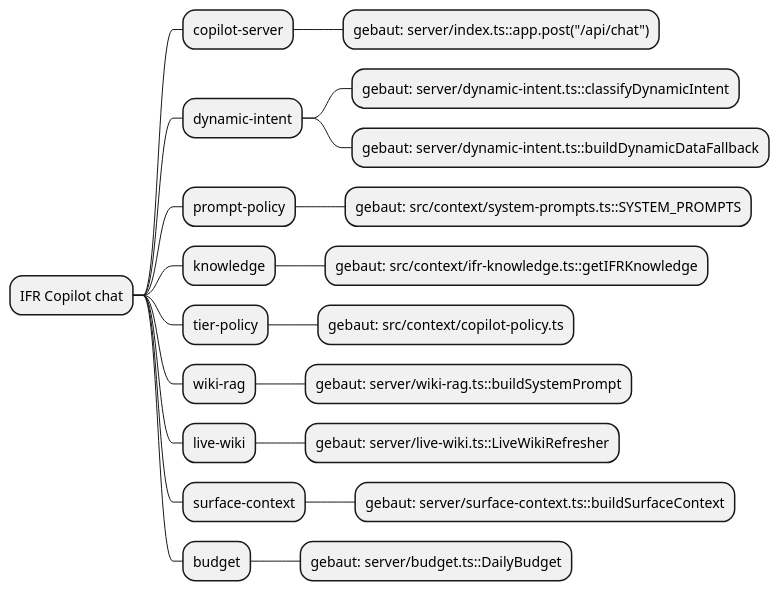
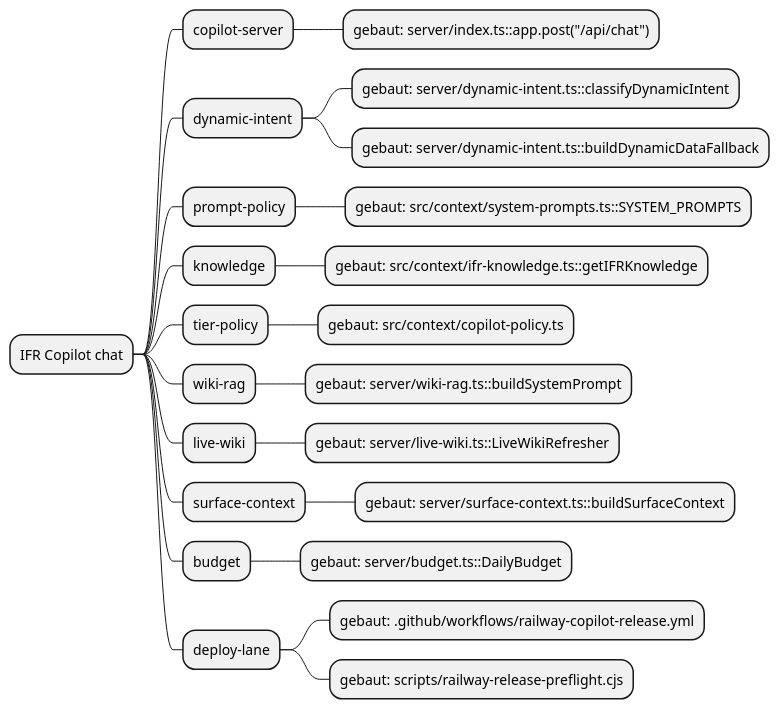
Before and after one commit to NeaBouli/inferno: the sixth of 7 diagrams in docs/architecture/map.puml, drawn with PlantUML. The commit also changed other lines of this file and 10 other files, not shown here.

First line of the commit message:
feat: add manual exact-SHA Railway release gate for ai-copilot

```diff
--- a/docs/architecture/map.puml
+++ b/docs/architecture/map.puml
@@ -135,22 +135,25 @@
 @startmindmap
 * IFR Copilot chat
 ** copilot-server
 *** gebaut: server/index.ts::app.post("/api/chat")
 ** dynamic-intent
 *** gebaut: server/dynamic-intent.ts::classifyDynamicIntent
 *** gebaut: server/dynamic-intent.ts::buildDynamicDataFallback
 ** prompt-policy
 *** gebaut: src/context/system-prompts.ts::SYSTEM_PROMPTS
 ** knowledge
 *** gebaut: src/context/ifr-knowledge.ts::getIFRKnowledge
 ** tier-policy
 *** gebaut: src/context/copilot-policy.ts
 ** wiki-rag
 *** gebaut: server/wiki-rag.ts::buildSystemPrompt
 ** live-wiki
 *** gebaut: server/live-wiki.ts::LiveWikiRefresher
 ** surface-context
 *** gebaut: server/surface-context.ts::buildSurfaceContext
 ** budget
 *** gebaut: server/budget.ts::DailyBudget
+** deploy-lane
+*** gebaut: .github/workflows/railway-copilot-release.yml
+*** gebaut: scripts/railway-release-preflight.cjs
 @endmindmap
```
